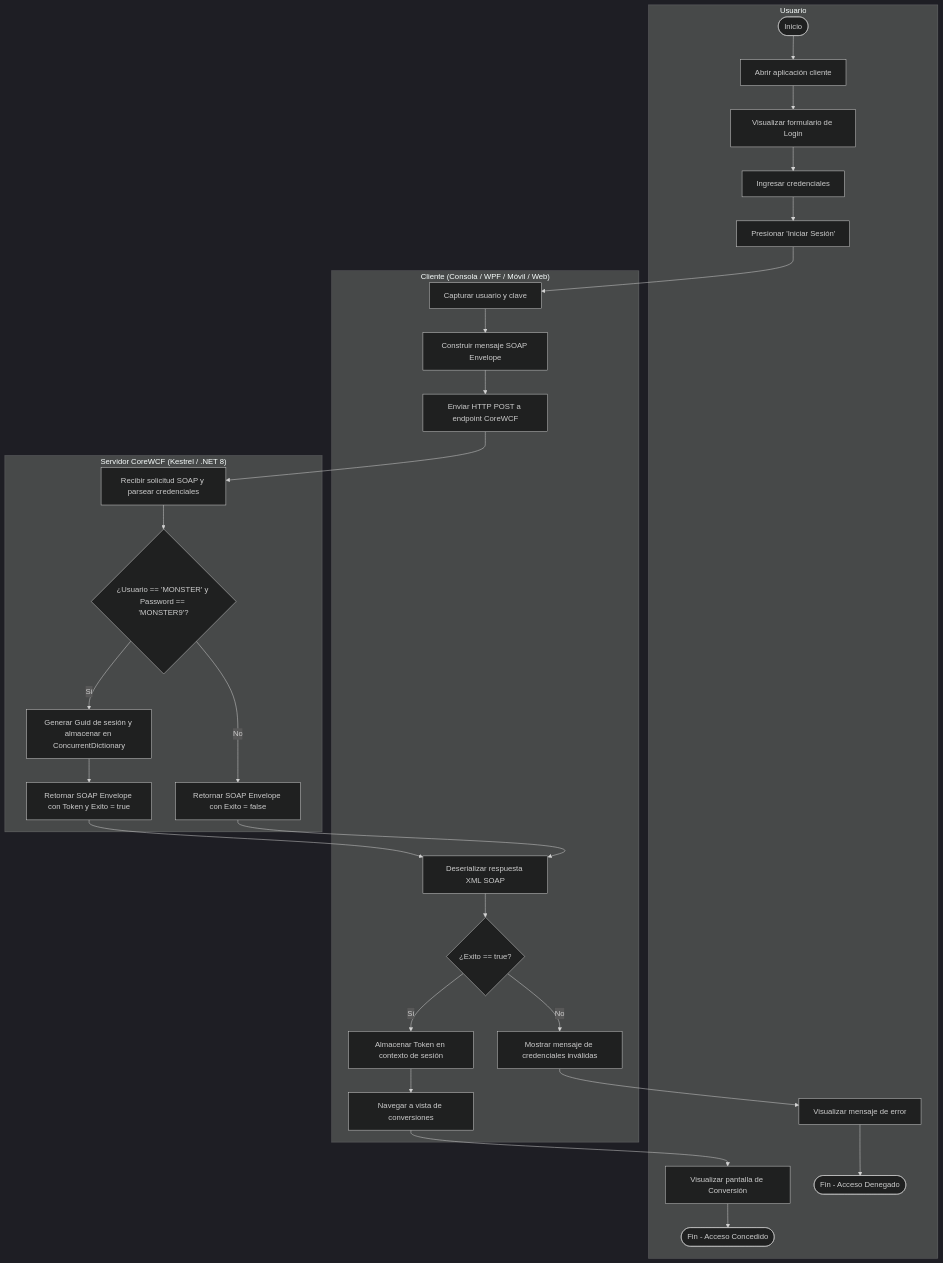
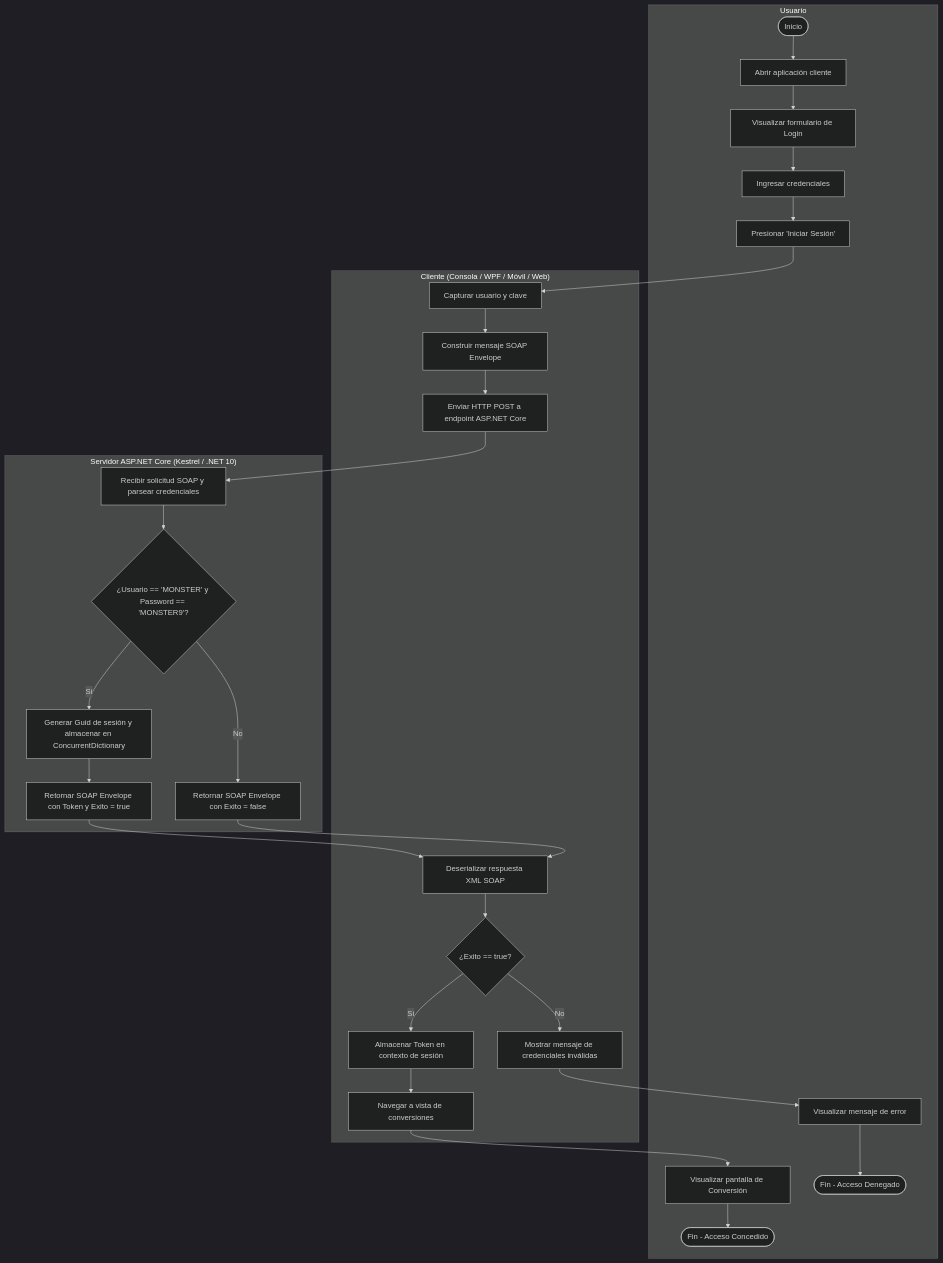
Before and after one commit to JulioViche/u1-sw-arch: the third of 7 diagrams in vault/06-projects/ti-1-2-soap-dotnet/diagrams.md, drawn with Mermaid (dark theme). The commit also changed other lines of this file and 18 other files, not shown here.

````diff
--- a/vault/06-projects/ti-1-2-soap-dotnet/diagrams.md
+++ b/vault/06-projects/ti-1-2-soap-dotnet/diagrams.md
@@ -77,33 +77,33 @@
 ```mermaid
 flowchart TD
     subgraph LaneUsuario ["Usuario"]
         A1([Inicio]) --> A2["Abrir aplicación cliente"]
         A2 --> A3["Visualizar formulario de Login"]
         A3 --> A4["Ingresar credenciales"]
         A4 --> A5["Presionar 'Iniciar Sesión'"]
         A13["Visualizar pantalla de Conversión"] --> A14([Fin - Acceso Concedido])
         A15["Visualizar mensaje de error"] --> A16([Fin - Acceso Denegado])
     end
 
     subgraph LaneCliente ["Cliente (Consola / WPF / Móvil / Web)"]
         A5 --> B1["Capturar usuario y clave"]
         B1 --> B2["Construir mensaje SOAP Envelope"]
-        B2 --> B3["Enviar HTTP POST a endpoint CoreWCF"]
+        B2 --> B3["Enviar HTTP POST a endpoint ASP.NET Core"]
         B4["Deserializar respuesta XML SOAP"] --> B5{"¿Exito == true?"}
         B5 -- Sí --> B6["Almacenar Token en contexto de sesión"]
         B6 --> B7["Navegar a vista de conversiones"]
         B7 --> A13
         B5 -- No --> B8["Mostrar mensaje de credenciales inválidas"]
         B8 --> A15
     end
 
-    subgraph LaneServidor ["Servidor CoreWCF (Kestrel / .NET 8)"]
+    subgraph LaneServidor ["Servidor ASP.NET Core (Kestrel / .NET 10)"]
         B3 --> S1["Recibir solicitud SOAP y parsear credenciales"]
         S1 --> S2{"¿Usuario == 'MONSTER' y Password == 'MONSTER9'?"}
         S2 -- Sí --> S3["Generar Guid de sesión y almacenar en ConcurrentDictionary"]
         S3 --> S4["Retornar SOAP Envelope con Token y Exito = true"]
         S2 -- No --> S5["Retornar SOAP Envelope con Exito = false"]
         S4 --> B4
         S5 --> B4
     end
 ```
````
